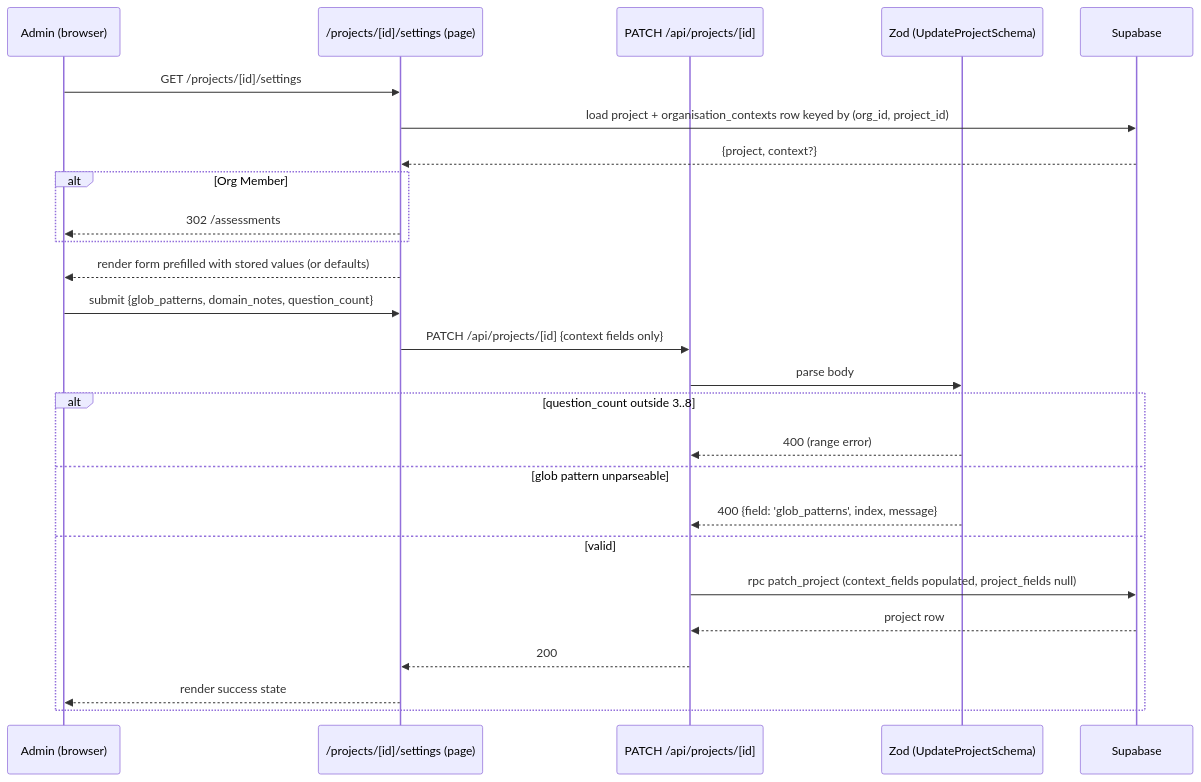
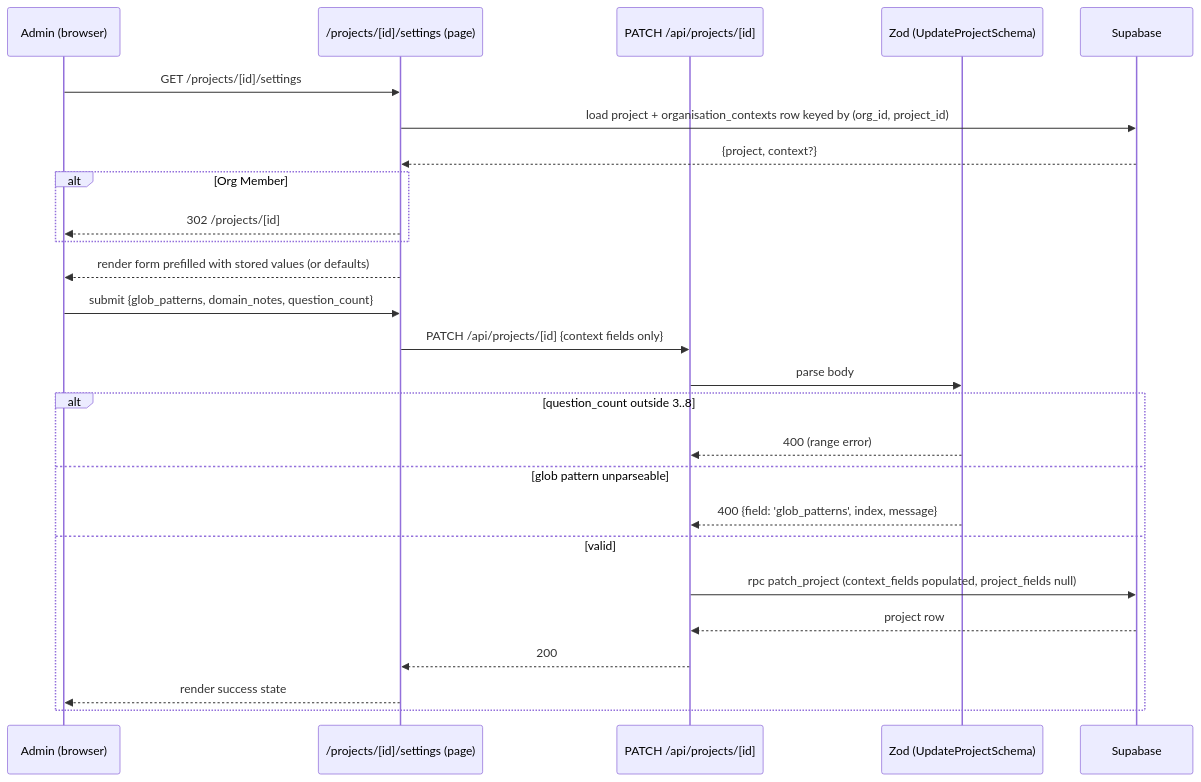
One commit to mironyx/feature-comprehension-score changed the first of 5 diagrams in docs/design/lld-v11-e11-3-project-context-config.md. Above: the diagram before and after it, drawn with Mermaid. The commit also changed other lines of this file, not shown here.

````diff
--- a/docs/design/lld-v11-e11-3-project-context-config.md
+++ b/docs/design/lld-v11-e11-3-project-context-config.md
@@ -41,28 +41,28 @@
 ```mermaid
 sequenceDiagram
   participant U as Admin (browser)
   participant P as /projects/[id]/settings (page)
   participant API as PATCH /api/projects/[id]
   participant V as Zod (UpdateProjectSchema)
   participant DB as Supabase
   U->>P: GET /projects/[id]/settings
   P->>DB: load project + organisation_contexts row keyed by (org_id, project_id)
   DB-->>P: {project, context?}
   alt Org Member
-    P-->>U: 302 /assessments
+    P-->>U: 302 /projects/[id]
   end
   P-->>U: render form prefilled with stored values (or defaults)
   U->>P: submit {glob_patterns, domain_notes, question_count}
   P->>API: PATCH /api/projects/[id] {context fields only}
   API->>V: parse body
   alt question_count outside 3..8
     V-->>API: 400 (range error)
   else glob pattern unparseable
     V-->>API: 400 {field: 'glob_patterns', index, message}
   else valid
     API->>DB: rpc patch_project (context_fields populated, project_fields null)
     DB-->>API: project row
     API-->>P: 200
     P-->>U: render success state
   end
 ```
````
